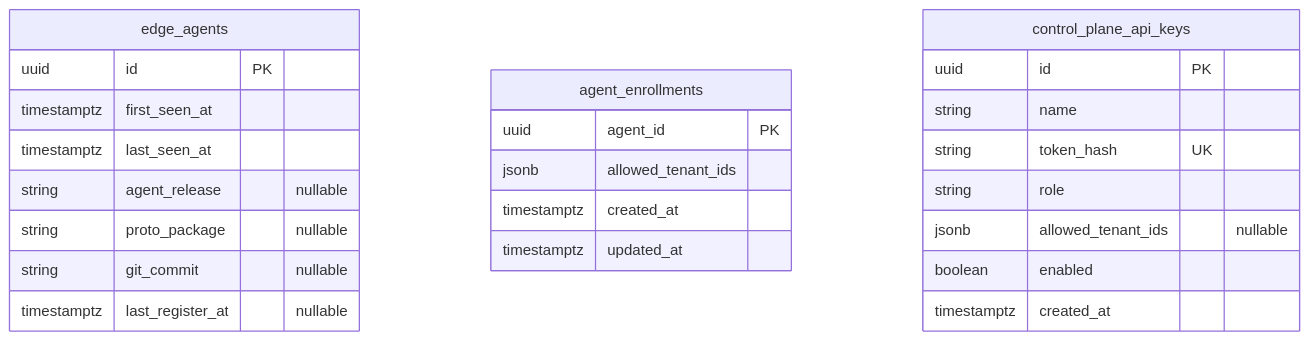
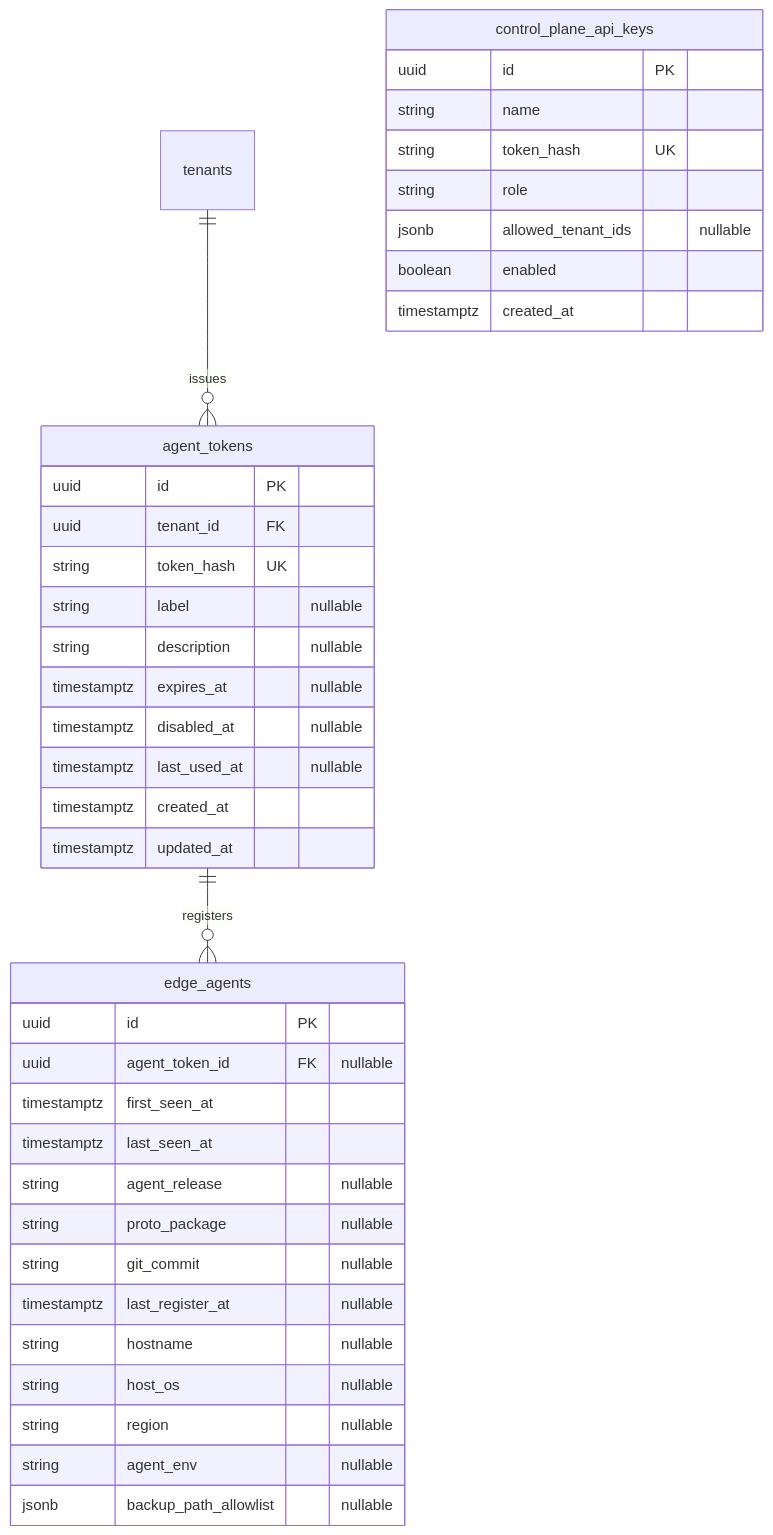
The second of 2 diagrams in website/docs/engineering/control-plane-database-er.md (skyline93/devault), drawn with Mermaid before and after one commit. The commit also changed other lines of this file and 69 other files, not shown here.

First line of the commit message:
feat: Introduce agent tokens management and refactor related components

````diff
--- a/website/docs/engineering/control-plane-database-er.md
+++ b/website/docs/engineering/control-plane-database-er.md
@@ -139,29 +138,44 @@
 ```mermaid
 erDiagram
+    tenants ||--o{ agent_tokens : issues
+    agent_tokens ||--o{ edge_agents : registers
+
+    agent_tokens {
+        uuid id PK
+        uuid tenant_id FK
+        string token_hash UK
+        string label "nullable"
+        string description "nullable"
+        timestamptz expires_at "nullable"
+        timestamptz disabled_at "nullable"
+        timestamptz last_used_at "nullable"
+        timestamptz created_at
+        timestamptz updated_at
+    }
+
     edge_agents {
         uuid id PK
+        uuid agent_token_id FK "nullable"
         timestamptz first_seen_at
         timestamptz last_seen_at
         string agent_release "nullable"
         string proto_package "nullable"
         string git_commit "nullable"
         timestamptz last_register_at "nullable"
-    }
-
-    agent_enrollments {
-        uuid agent_id PK
-        jsonb allowed_tenant_ids
-        timestamptz created_at
-        timestamptz updated_at
+        string hostname "nullable"
+        string host_os "nullable"
+        string region "nullable"
+        string agent_env "nullable"
+        jsonb backup_path_allowlist "nullable"
     }
 
     control_plane_api_keys {
         uuid id PK
         string name
         string token_hash UK
         string role
         jsonb allowed_tenant_ids "nullable"
         boolean enabled
         timestamptz created_at
     }
 ```
````
